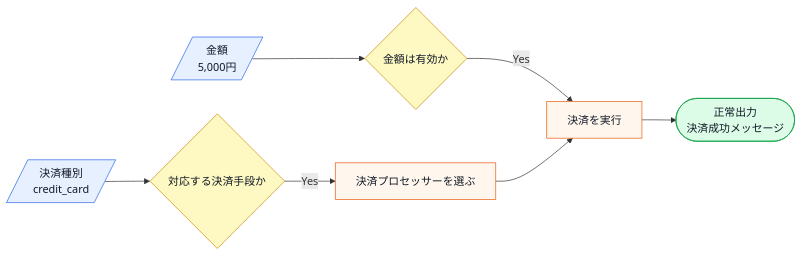
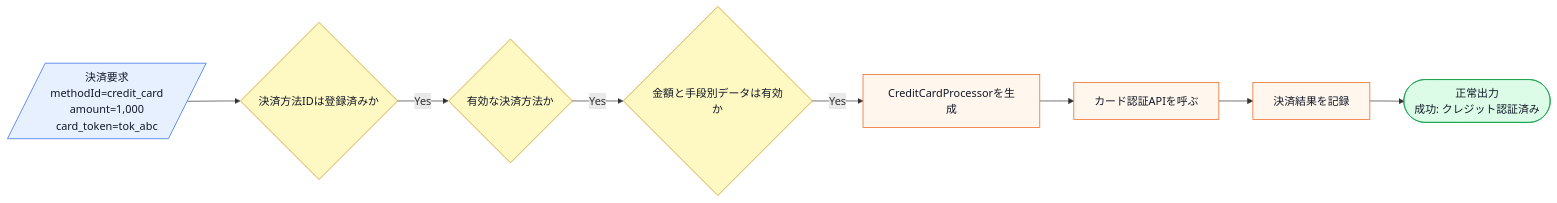
The second of 8 diagrams in kindle/design-patterns/output/chapter08.md (kumachan1101-pixel/DesignPattern), drawn with Mermaid before and after one commit. The commit also changed other lines of this file and 7 other files, not shown here.

````diff
--- a/kindle/design-patterns/output/chapter08.md
+++ b/kindle/design-patterns/output/chapter08.md
@@ -68,14 +98,15 @@
 ```mermaid
 flowchart LR
-    A[/決済種別<br>credit_card/]:::input --> B{対応する決済手段か}:::decision
-    C[/金額<br>5,000円/]:::input --> D{金額は有効か}:::decision
-    B -->|Yes| E[決済プロセッサーを選ぶ]:::process
-    D -->|Yes| F[決済を実行]:::process
-    E --> F
-    F --> G([正常出力<br>決済成功メッセージ]):::normal
+    A[/決済要求<br>methodId=credit_card<br>amount=1,000<br>card_token=tok_abc/]:::input --> B{決済方法IDは登録済みか}:::decision
+    B -->|Yes| C{有効な決済方法か}:::decision
+    C -->|Yes| D{金額と手段別データは有効か}:::decision
+    D -->|Yes| E[CreditCardProcessorを生成]:::process
+    E --> F[カード認証APIを呼ぶ]:::process
+    F --> G[決済結果を記録]:::process
+    G --> H([正常出力<br>成功: クレジット認証済み]):::normal
 
     classDef input fill:#e7f0ff,stroke:#2563eb,color:#111827;
     classDef process fill:#fff7ed,stroke:#ea580c,color:#111827;
     classDef decision fill:#fef9c3,stroke:#ca8a04,color:#111827;
     classDef normal fill:#dcfce7,stroke:#16a34a,color:#111827;
 ```
````
